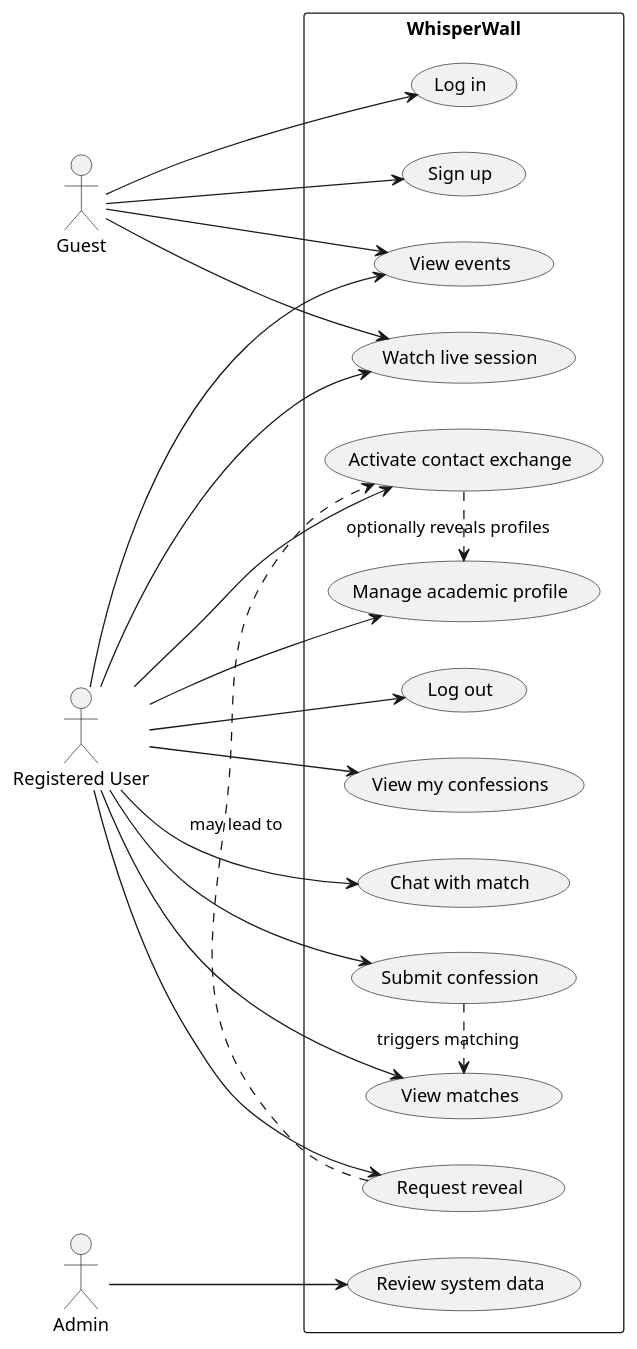
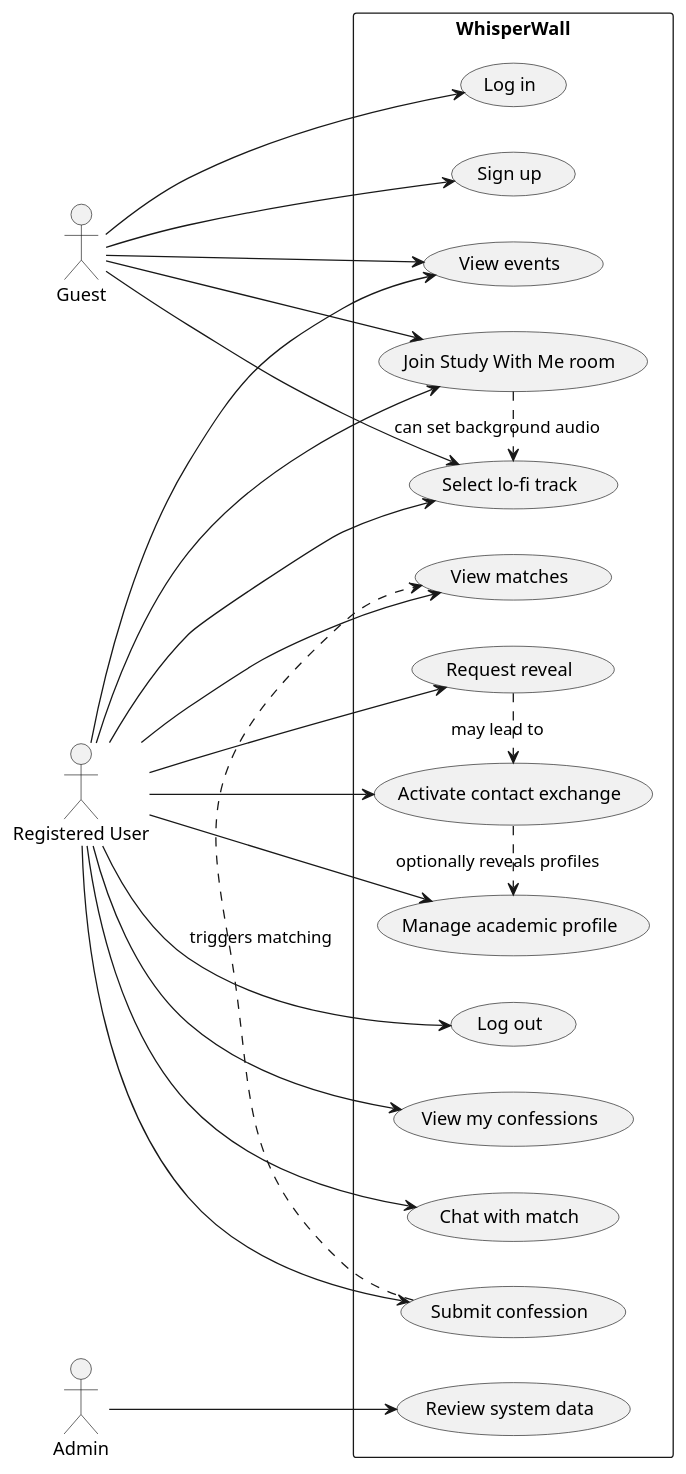
Before and after one commit to Ghofranz/anti_depression: the diagram in documentation/uml-use-case-diagram.puml, drawn with PlantUML. The commit also changed 70 other files, not shown here.

```diff
--- a/documentation/uml-use-case-diagram.puml
+++ b/documentation/uml-use-case-diagram.puml
@@ -1,47 +1,51 @@
 @startuml
 left to right direction
 skinparam packageStyle rectangle
 
 actor Guest
 actor "Registered User" as User
 actor Admin
 
 rectangle WhisperWall {
   usecase "Sign up" as UC1
   usecase "Log in" as UC2
   usecase "Log out" as UC3
   usecase "Submit confession" as UC4
   usecase "View my confessions" as UC5
   usecase "View matches" as UC6
   usecase "Chat with match" as UC7
   usecase "Request reveal" as UC8
   usecase "Activate contact exchange" as UC9
   usecase "Manage academic profile" as UC10
   usecase "View events" as UC11
-  usecase "Watch live session" as UC12
+  usecase "Join Study With Me room" as UC12
+  usecase "Select lo-fi track" as UC14
   usecase "Review system data" as UC13
 }
 
 Guest --> UC1
 Guest --> UC2
 Guest --> UC11
 Guest --> UC12
+Guest --> UC14
 
 User --> UC3
 User --> UC4
 User --> UC5
 User --> UC6
 User --> UC7
 User --> UC8
 User --> UC9
 User --> UC10
 User --> UC11
 User --> UC12
+User --> UC14
 
 Admin --> UC13
 
 UC4 .> UC6 : triggers matching
 UC8 .> UC9 : may lead to
 UC9 .> UC10 : optionally reveals profiles
+UC12 .> UC14 : can set background audio
 
 @enduml
```
